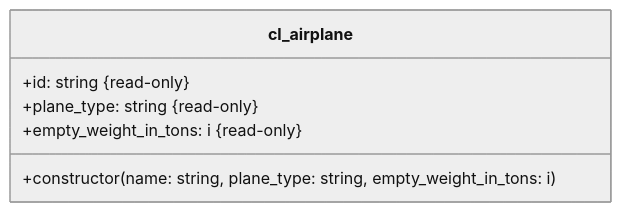
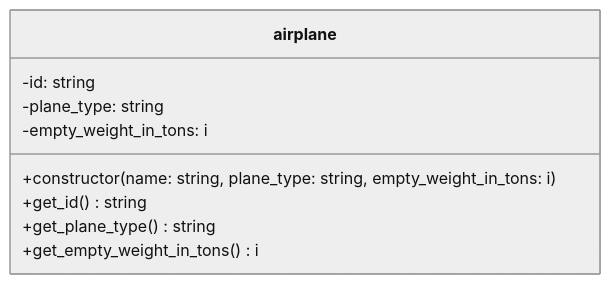
One commit to appenmaier/s4hana changed the diagram in docs/exercises/abap-objects/abap-objects-03.md. Above: the diagram before and after it, drawn with Mermaid (neutral theme). The commit also changed other lines of this file, not shown here.

````diff
--- a/docs/exercises/abap-objects/abap-objects-03.md
+++ b/docs/exercises/abap-objects/abap-objects-03.md
@@ -11,9 +11,12 @@
 ```mermaid
 classDiagram
-   class cl_airplane {
-      +id: string &#123read-only&#125
-      +plane_type: string &#123read-only&#125
-      +empty_weight_in_tons: i &#123read-only&#125
+   class airplane {
+      -id: string
+      -plane_type: string
+      -empty_weight_in_tons: i
       +constructor(name: string, plane_type: string, empty_weight_in_tons: i)
+      +get_id() string
+      +get_plane_type() string
+      +get_empty_weight_in_tons() i
    }
 ```
````
